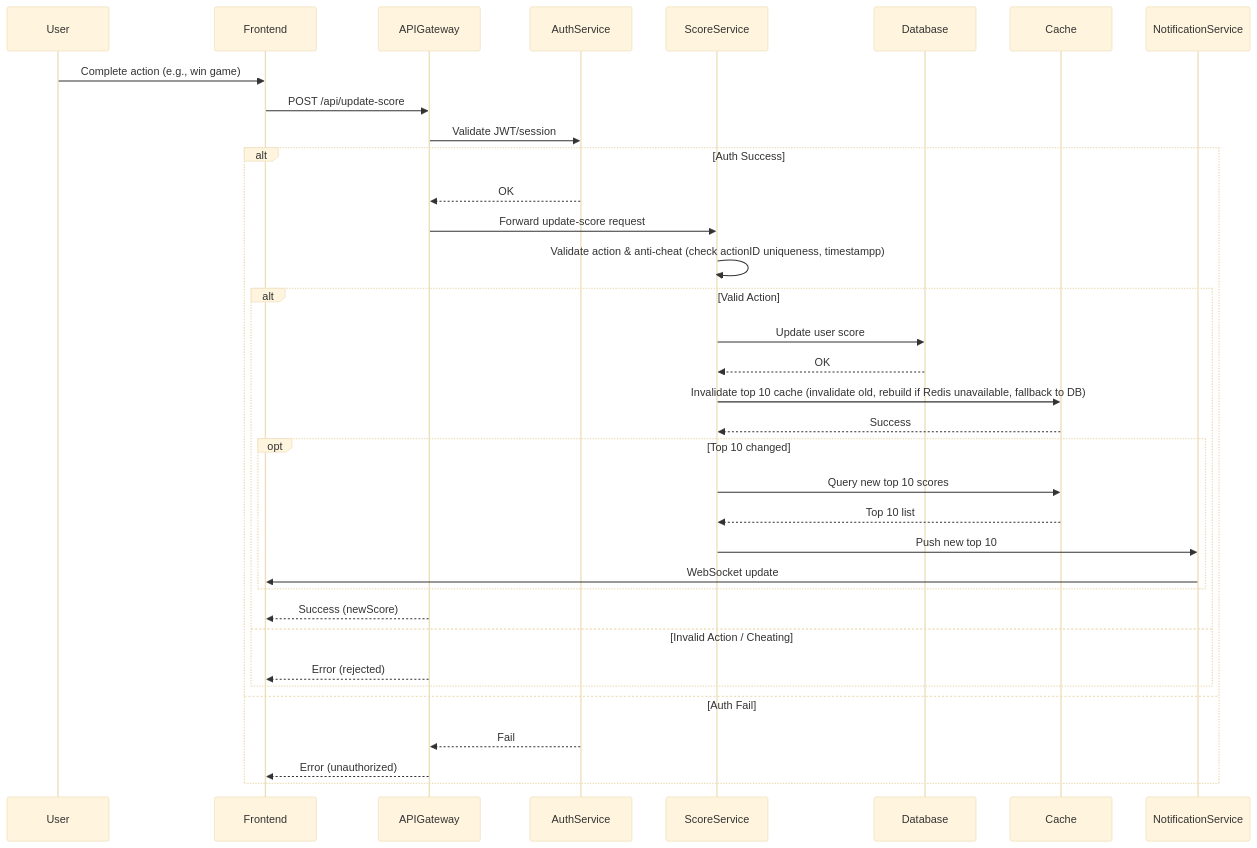
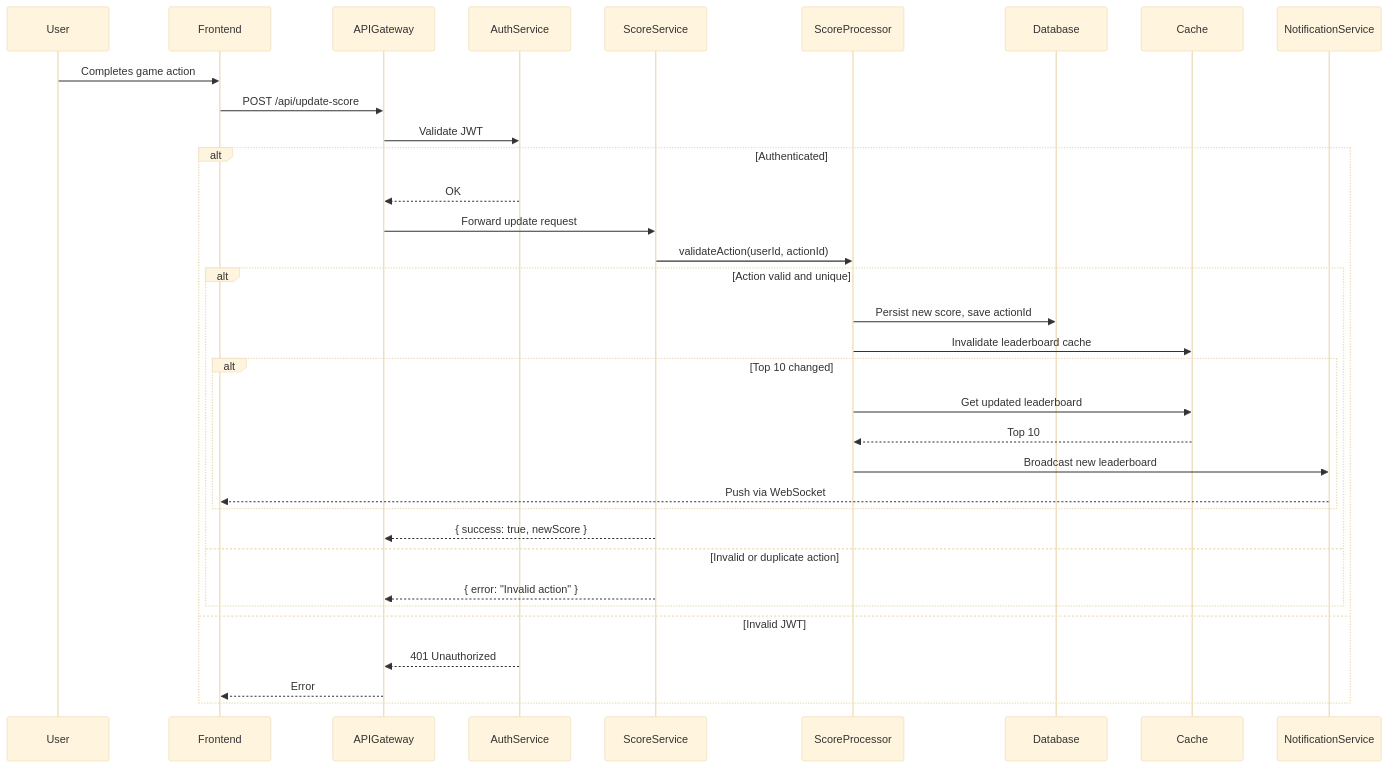
Before and after one commit to RyseUp/99tech-backend-challenge: the diagram in src/problem6_architecture/README.md, drawn with Mermaid (base theme). The commit also changed other lines of this file, not shown here.

Commit message:
docs(problem-6): add full architecture design for scoreboard module with API, Redis, security, and scaling

````diff
--- a/src/problem6_architecture/README.md
+++ b/src/problem6_architecture/README.md
@@ -55,43 +55,39 @@
 ```mermaid
 sequenceDiagram
   participant User
   participant Frontend
   participant APIGateway
   participant AuthService
   participant ScoreService
+  participant ScoreProcessor
   participant Database
   participant Cache
   participant NotificationService
 
-  User->>Frontend: Complete action (e.g., win game)
+  User->>Frontend: Completes game action
   Frontend->>APIGateway: POST /api/update-score
-  APIGateway->>AuthService: Validate JWT/session
+  APIGateway->>AuthService: Validate JWT
 
-  alt Auth Success
+  alt Authenticated
     AuthService-->>APIGateway: OK
-    APIGateway->>ScoreService: Forward update-score request
-    ScoreService->>ScoreService: Validate action & anti-cheat (check actionID uniqueness, timestampp)
+    APIGateway->>ScoreService: Forward update request
+    ScoreService->>ScoreProcessor: validateAction(userId, actionId)
 
-    alt Valid Action
-      ScoreService->>Database: Update user score
-      Database-->>ScoreService: OK
-      ScoreService->>Cache: Invalidate top 10 cache (invalidate old, rebuild if Redis unavailable, fallback to DB)
-      Cache-->>ScoreService: Success
-
-      opt Top 10 changed
-        ScoreService->>Cache: Query new top 10 scores
-        Cache-->>ScoreService: Top 10 list
-        ScoreService->>NotificationService: Push new top 10
-        NotificationService->>Frontend: WebSocket update
+    alt Action valid and unique
+      ScoreProcessor->>Database: Persist new score, save actionId
+      ScoreProcessor->>Cache: Invalidate leaderboard cache
+      alt Top 10 changed
+        ScoreProcessor->>Cache: Get updated leaderboard
+        Cache-->>ScoreProcessor: Top 10
+        ScoreProcessor->>NotificationService: Broadcast new leaderboard
+        NotificationService-->>Frontend: Push via WebSocket
       end
-
-      APIGateway-->>Frontend: Success (newScore)
-    else Invalid Action / Cheating
-      APIGateway-->>Frontend: Error (rejected)
+      ScoreService-->>APIGateway: { success: true, newScore }
+    else Invalid or duplicate action
+      ScoreService-->>APIGateway: { error: "Invalid action" }
     end
-
-  else Auth Fail
-    AuthService-->>APIGateway: Fail
-    APIGateway-->>Frontend: Error (unauthorized)
+  else Invalid JWT
+    AuthService-->>APIGateway: 401 Unauthorized
+    APIGateway-->>Frontend: Error
   end
 ```
````
